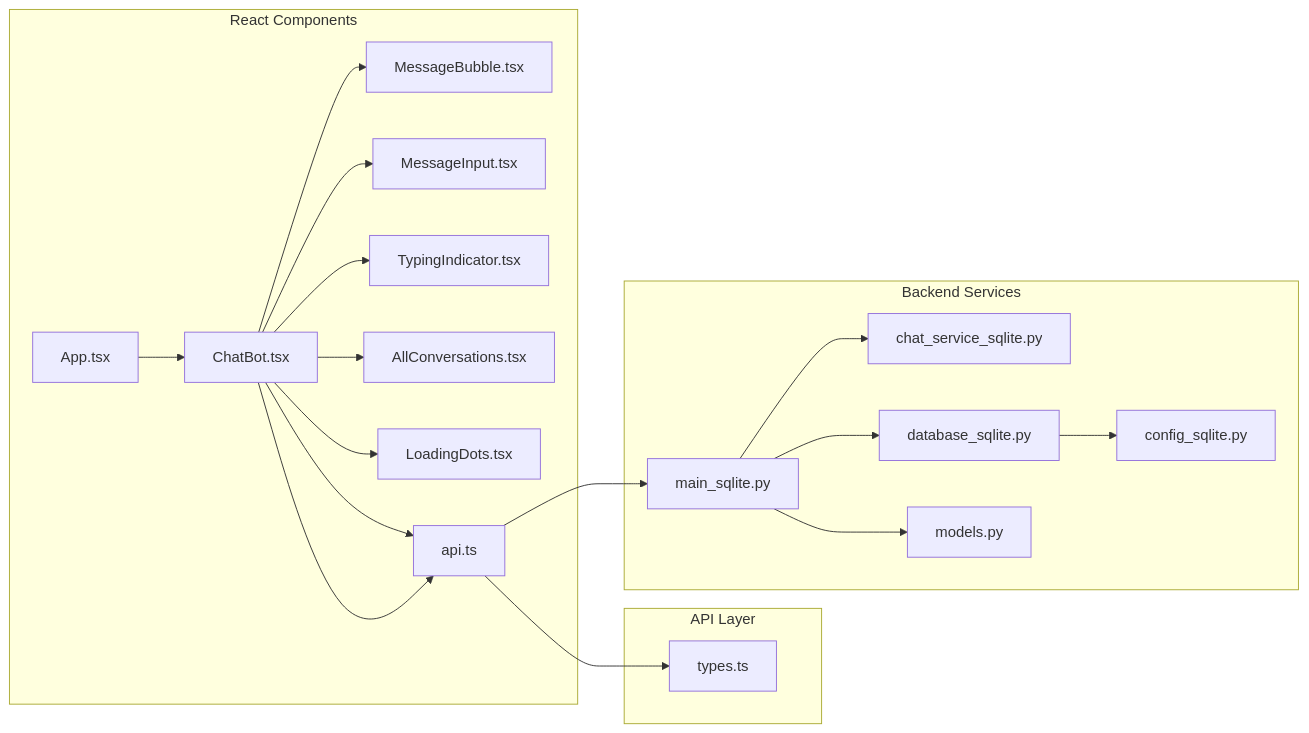
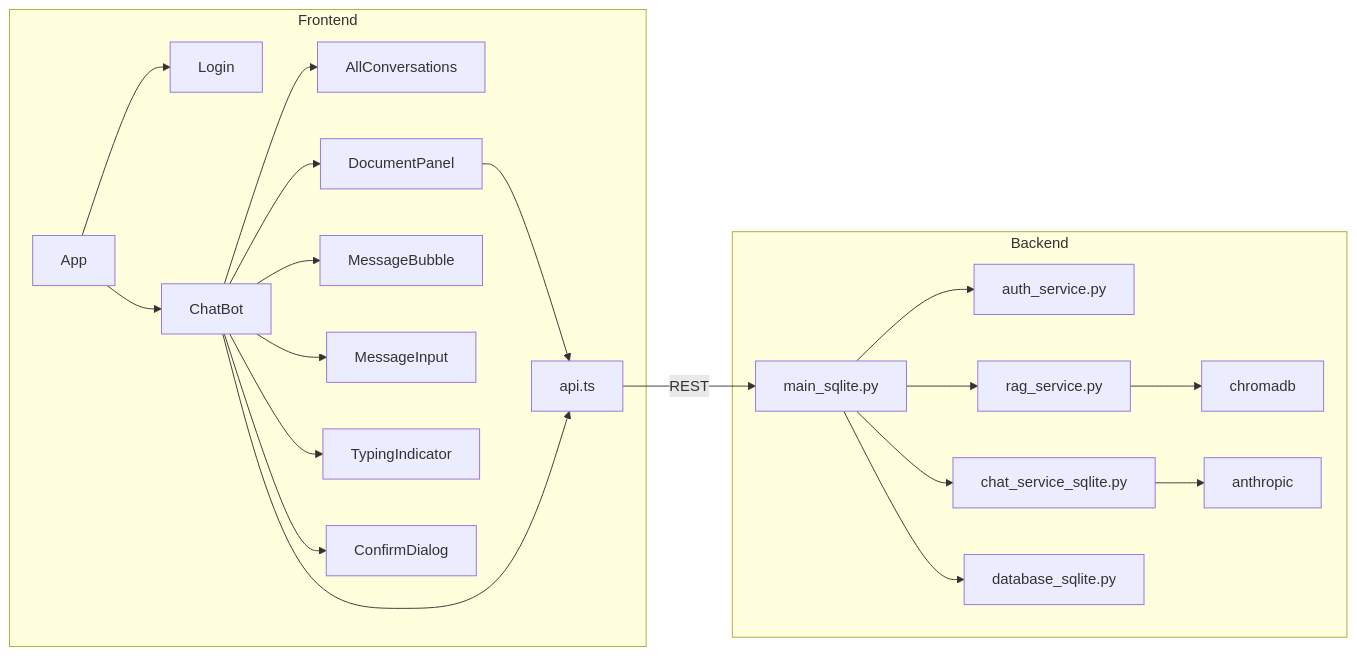
The fourth of 5 diagrams in fullstack.md (VimeansethThorng/fastapi-react-typescript-chatbot), drawn with Mermaid before and after one commit. The commit also changed other lines of this file and 5 other files, not shown here.

````diff
--- a/fullstack.md
+++ b/fullstack.md
@@ -134,33 +102,26 @@
 ```mermaid
 graph LR
-    subgraph "React Components"
-        A[App.tsx] --> B[ChatBot.tsx]
-        B --> C[MessageBubble.tsx]
-        B --> D[MessageInput.tsx]
-        B --> E[TypingIndicator.tsx]
-        B --> F[AllConversations.tsx]
-        B --> G[LoadingDots.tsx]
-        B --> H[ConfirmDialog.tsx]
+    subgraph Frontend
+        App --> Login
+        App --> ChatBot
+        ChatBot --> AllConversations
+        ChatBot --> DocumentPanel
+        ChatBot --> MessageBubble
+        ChatBot --> MessageInput
+        ChatBot --> TypingIndicator
+        ChatBot --> ConfirmDialog
+        DocumentPanel --> api.ts
+        ChatBot --> api.ts
     end
-    
-    subgraph "API Layer"
-        H[api.ts]
-        I[types.ts]
+
+    subgraph Backend
+        main_sqlite.py --> auth_service.py
+        main_sqlite.py --> chat_service_sqlite.py
+        main_sqlite.py --> rag_service.py
+        main_sqlite.py --> database_sqlite.py
+        rag_service.py --> chromadb
+        chat_service_sqlite.py --> anthropic
     end
-    
-    subgraph "Backend Services"
-        J[main_sqlite.py]
-        K[chat_service_sqlite.py]
-        L[database_sqlite.py]
-        M[models.py]
-        N[config_sqlite.py]
-    end
-    
-    B --> H
-    H --> I
-    H --> J
-    J --> K
-    J --> L
-    J --> M
-    L --> N
+
+    api.ts -->|REST| main_sqlite.py
 ```
````
